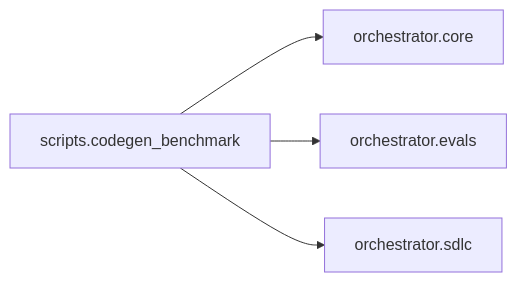
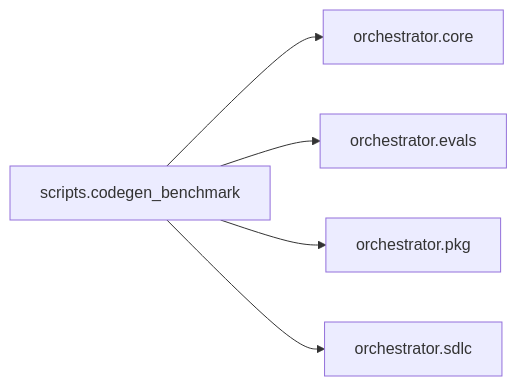
Before and after one commit to synaptixs/spine: the diagram in episteme/areas/scripts.codegen_benchmark.md, drawn with Mermaid. The commit also changed other lines of this file and 16 other files, not shown here.

````diff
--- a/episteme/areas/scripts.codegen_benchmark.md
+++ b/episteme/areas/scripts.codegen_benchmark.md
@@ -8,10 +8,12 @@
 ```mermaid
 flowchart LR
   n0["scripts.codegen_benchmark"]
   n1["orchestrator.core"]
   n2["orchestrator.evals"]
-  n3["orchestrator.sdlc"]
+  n3["orchestrator.pkg"]
+  n4["orchestrator.sdlc"]
   n0 --> n1
   n0 --> n2
   n0 --> n3
+  n0 --> n4
 ```
````
